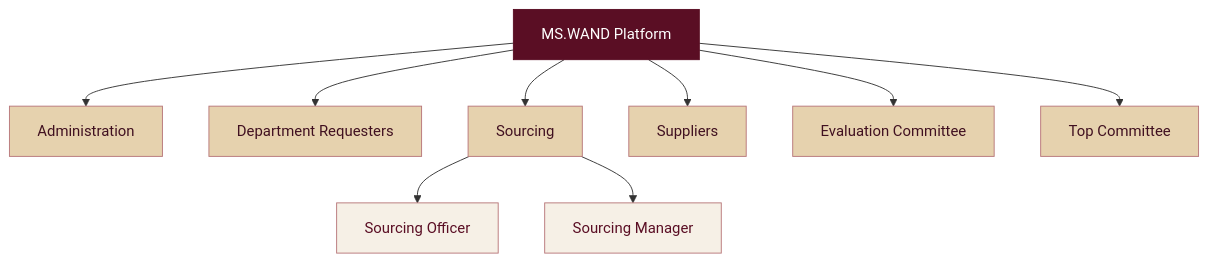
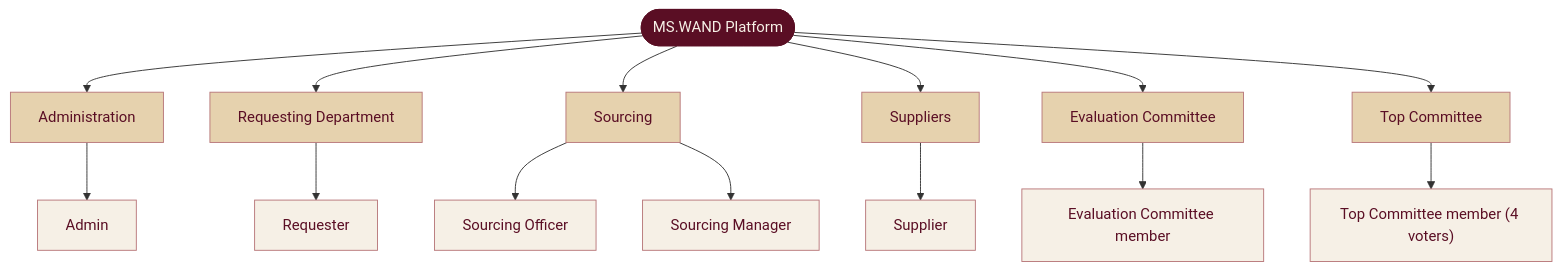
One commit to Supply-Tender-Team/Cosmetics-Management-System changed the first of 5 diagrams in README.md. Above: the diagram before and after it, drawn with Mermaid. The commit also changed other lines of this file, not shown here.

````diff
--- a/README.md
+++ b/README.md
@@ -61,18 +100,21 @@
 ```mermaid
 flowchart TB
-    S["MS.WAND Platform"]
-    S --> A["Administration"]
-    S --> D["Department Requesters"]
-    S --> P["Sourcing"]
-    S --> U["Suppliers"]
-    S --> E["Evaluation Committee"]
-    S --> T["Top Committee"]
-    P --> O["Sourcing Officer"]
-    P --> M["Sourcing Manager"]
-    classDef main fill:#5A0E24,color:#ffffff,stroke:#5A0E24
-    classDef group fill:#E6D2AE,color:#401020,stroke:#B8777A
-    classDef child fill:#F6F0E6,color:#5A0E24,stroke:#B8777A
-    class S main
-    class A,D,P,U,E,T group
-    class O,M child
+    S(["MS.WAND Platform"]):::brand
+    S --> A["Administration"]:::group
+    S --> D["Requesting Department"]:::group
+    S --> P["Sourcing"]:::group
+    S --> U["Suppliers"]:::group
+    S --> E["Evaluation Committee"]:::group
+    S --> T["Top Committee"]:::group
+    A --> A1["Admin"]:::leaf
+    D --> D1["Requester"]:::leaf
+    P --> O["Sourcing Officer"]:::leaf
+    P --> M["Sourcing Manager"]:::leaf
+    U --> U1["Supplier"]:::leaf
+    E --> E1["Evaluation Committee member"]:::leaf
+    T --> T1["Top Committee member (4 voters)"]:::leaf
+
+    classDef brand fill:#5A0E24,stroke:#5A0E24,color:#F6F0E6
+    classDef group fill:#E6D2AE,stroke:#B8777A,color:#5A0E24
+    classDef leaf fill:#F6F0E6,stroke:#B8777A,color:#5A0E24
 ```
````
